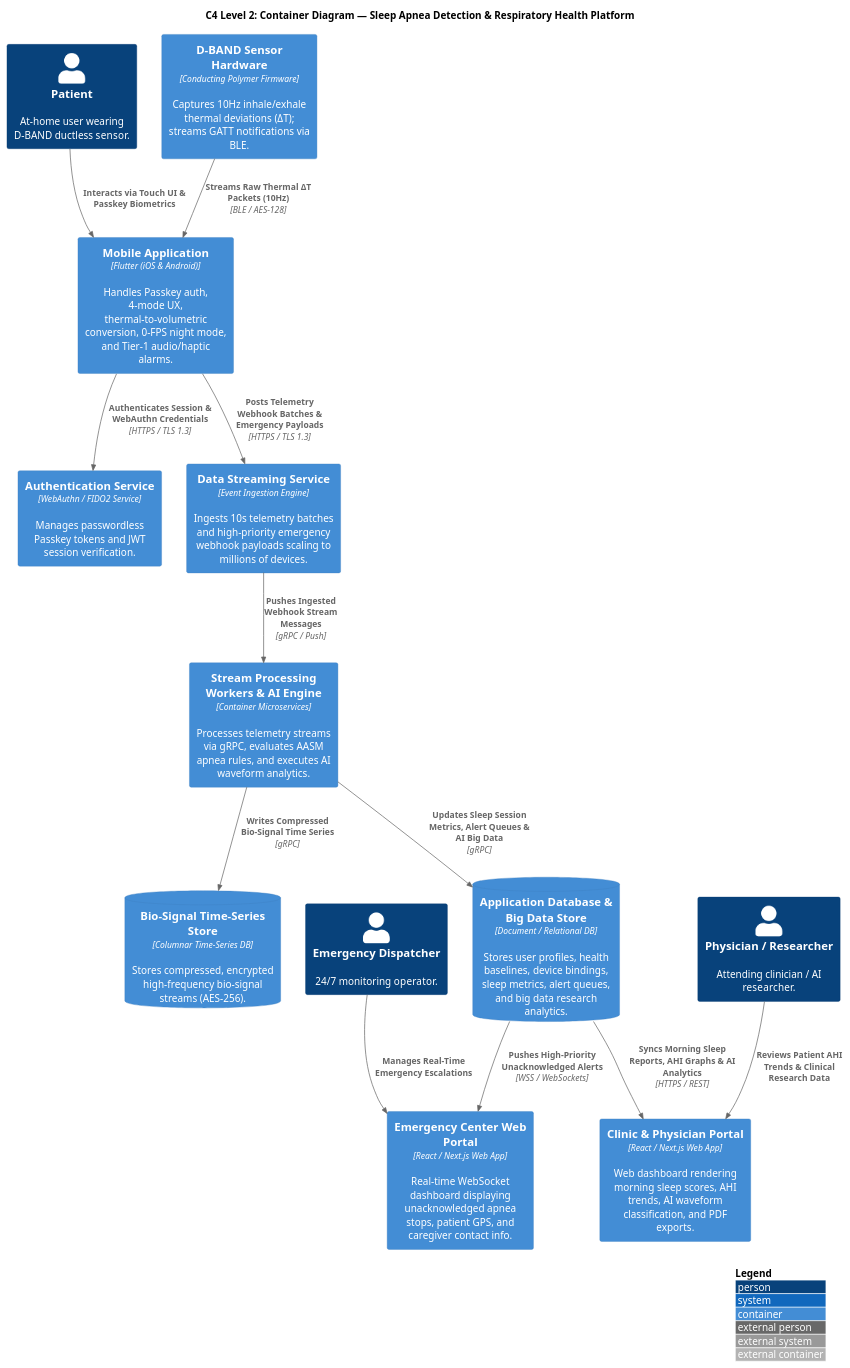
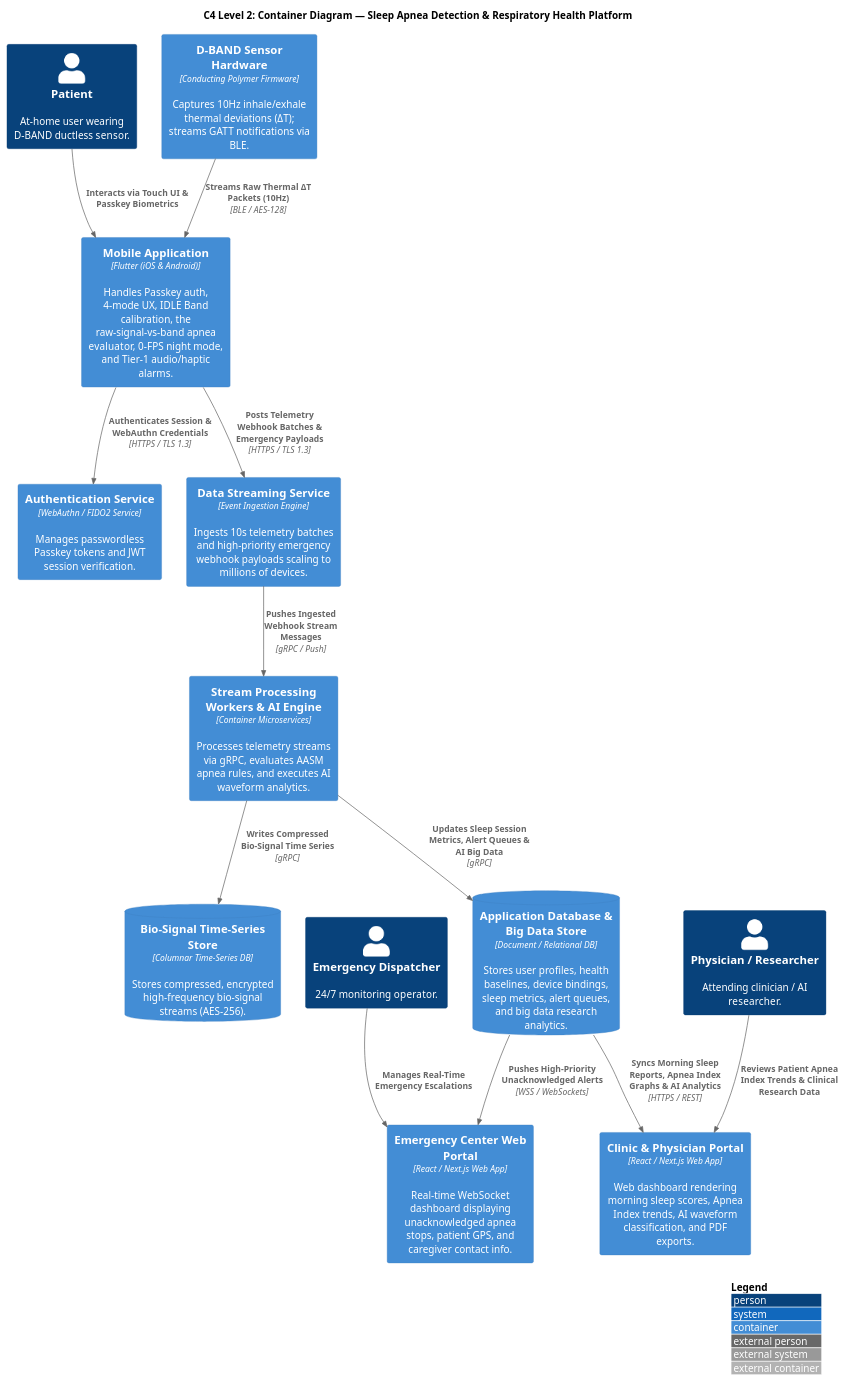
The second of 19 diagrams in _bmad-output/architecture/ARCHITECTURE-SPINE.md (reidlai/masker-app), drawn with PlantUML before and after one commit. The commit also changed other lines of this file and 1 other file, not shown here.

First line of the commit message:
docs(architecture): fold IDLE Band signal model into spine (v21.0.0)

````diff
--- a/_bmad-output/architecture/ARCHITECTURE-SPINE.md
+++ b/_bmad-output/architecture/ARCHITECTURE-SPINE.md
@@ -104,44 +107,44 @@
 ```plantuml
 @startuml C4_Level2_Container_Diagram
 !include https://raw.githubusercontent.com/plantuml-stdlib/C4-PlantUML/master/C4_Container.puml
 
 LAYOUT_WITH_LEGEND()
 
 title C4 Level 2: Container Diagram — Sleep Apnea Detection & Respiratory Health Platform
 
 Person(patient, "Patient", "At-home user wearing D-BAND ductless sensor.")
 Person(dispatcher, "Emergency Dispatcher", "24/7 monitoring operator.")
 Person(doctor, "Physician / Researcher", "Attending clinician / AI researcher.")
 
 Container(hardware, "D-BAND Sensor Hardware", "Conducting Polymer Firmware", "Captures 10Hz inhale/exhale thermal deviations (ΔT); streams GATT notifications via BLE.")
 
-Container(mobile_app, "Mobile Application", "Flutter (iOS & Android)", "Handles Passkey auth, 4-mode UX, thermal-to-volumetric conversion, 0-FPS night mode, and Tier-1 audio/haptic alarms.")
+Container(mobile_app, "Mobile Application", "Flutter (iOS & Android)", "Handles Passkey auth, 4-mode UX, IDLE Band calibration, the raw-signal-vs-band apnea evaluator, 0-FPS night mode, and Tier-1 audio/haptic alarms.")
 
 Container(auth_service, "Authentication Service", "WebAuthn / FIDO2 Service", "Manages passwordless Passkey tokens and JWT session verification.")
 
 Container(data_streaming, "Data Streaming Service", "Event Ingestion Engine", "Ingests 10s telemetry batches and high-priority emergency webhook payloads scaling to millions of devices.")
 
 Container(stream_workers, "Stream Processing Workers & AI Engine", "Container Microservices", "Processes telemetry streams via gRPC, evaluates AASM apnea rules, and executes AI waveform analytics.")
 
 ContainerDb(timeseries_db, "Bio-Signal Time-Series Store", "Columnar Time-Series DB", "Stores compressed, encrypted high-frequency bio-signal streams (AES-256).")
 
 ContainerDb(app_db, "Application Database & Big Data Store", "Document / Relational DB", "Stores user profiles, health baselines, device bindings, sleep metrics, alert queues, and big data research analytics.")
 
 Container(command_portal, "Emergency Center Web Portal", "React / Next.js Web App", "Real-time WebSocket dashboard displaying unacknowledged apnea stops, patient GPS, and caregiver contact info.")
 
-Container(clinic_portal, "Clinic & Physician Portal", "React / Next.js Web App", "Web dashboard rendering morning sleep scores, AHI trends, AI waveform classification, and PDF exports.")
+Container(clinic_portal, "Clinic & Physician Portal", "React / Next.js Web App", "Web dashboard rendering morning sleep scores, Apnea Index trends, AI waveform classification, and PDF exports.")
 
 Rel(hardware, mobile_app, "Streams Raw Thermal ΔT Packets (10Hz)", "BLE / AES-128")
 Rel(patient, mobile_app, "Interacts via Touch UI & Passkey Biometrics")
 Rel(mobile_app, auth_service, "Authenticates Session & WebAuthn Credentials", "HTTPS / TLS 1.3")
 Rel(mobile_app, data_streaming, "Posts Telemetry Webhook Batches & Emergency Payloads", "HTTPS / TLS 1.3")
 Rel(data_streaming, stream_workers, "Pushes Ingested Webhook Stream Messages", "gRPC / Push")
 Rel(stream_workers, timeseries_db, "Writes Compressed Bio-Signal Time Series", "gRPC")
 Rel(stream_workers, app_db, "Updates Sleep Session Metrics, Alert Queues & AI Big Data", "gRPC")
 Rel(app_db, command_portal, "Pushes High-Priority Unacknowledged Alerts", "WSS / WebSockets")
-Rel(app_db, clinic_portal, "Syncs Morning Sleep Reports, AHI Graphs & AI Analytics", "HTTPS / REST")
+Rel(app_db, clinic_portal, "Syncs Morning Sleep Reports, Apnea Index Graphs & AI Analytics", "HTTPS / REST")
 Rel(dispatcher, command_portal, "Manages Real-Time Emergency Escalations")
-Rel(doctor, clinic_portal, "Reviews Patient AHI Trends & Clinical Research Data")
+Rel(doctor, clinic_portal, "Reviews Patient Apnea Index Trends & Clinical Research Data")
 
 @enduml
 ```
````
